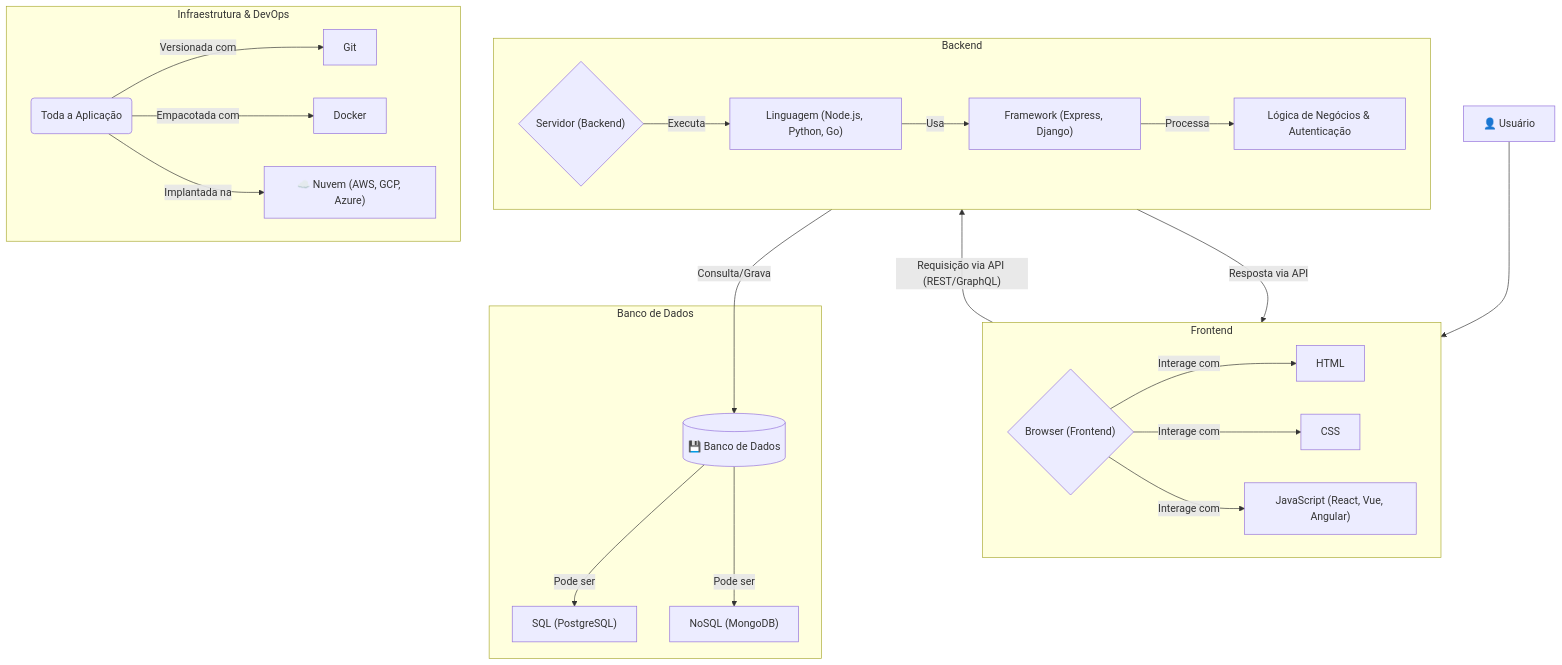
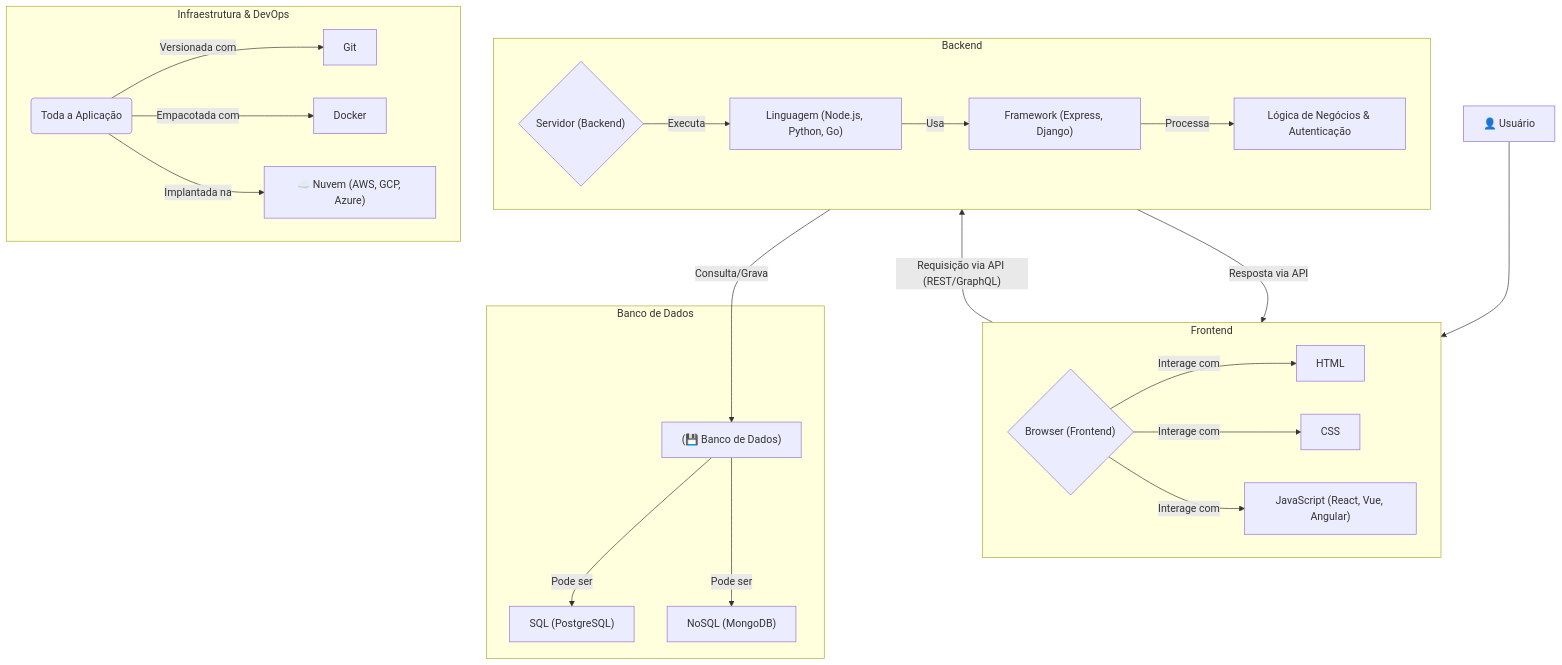
Before and after one commit to ricardotecpro/portal_jekyll: the diagram in full_stack.md, drawn with Mermaid. The commit also changed 423 other files, not shown here.

````diff
--- a/full_stack.md
+++ b/full_stack.md
@@ -76,34 +76,34 @@
 ```mermaid
 graph TD;
     A[👤 Usuário] --> B{"Browser (Frontend)"};
     
-    subgraph Frontend
+    subgraph "Frontend"
         direction LR
         B -- Interage com --> HTML;
         B -- Interage com --> CSS;
         B -- Interage com --> JS["JavaScript (React, Vue, Angular)"];
     end
 
     B -- Requisição via API (REST/GraphQL) --> C{"Servidor (Backend)"};
     
-    subgraph Backend
+    subgraph "Backend"
         direction LR
         C -- Executa --> Linguagem["Linguagem (Node.js, Python, Go)"];
         Linguagem -- Usa --> Framework["Framework (Express, Django)"];
         Framework -- Processa --> Logica[Lógica de Negócios & Autenticação];
     end
 
-    C -- Consulta/Grava --> D[(💾 Banco de Dados)];
-    subgraph Banco de Dados
+    C -- Consulta/Grava --> D["(💾 Banco de Dados)"];
+    subgraph "Banco de Dados"
         D -- Pode ser --> SQL["SQL (PostgreSQL)"];
         D -- Pode ser --> NoSQL["NoSQL (MongoDB)"];
     end
 
     subgraph "Infraestrutura & DevOps"
         Stack(Toda a Aplicação) -- Versionada com --> Git;
         Stack -- Empacotada com --> Docker;
         Stack -- Implantada na --> Nuvem["☁️ Nuvem (AWS, GCP, Azure)"];
     end
 
     C -- Resposta via API --> B
 ```
````
